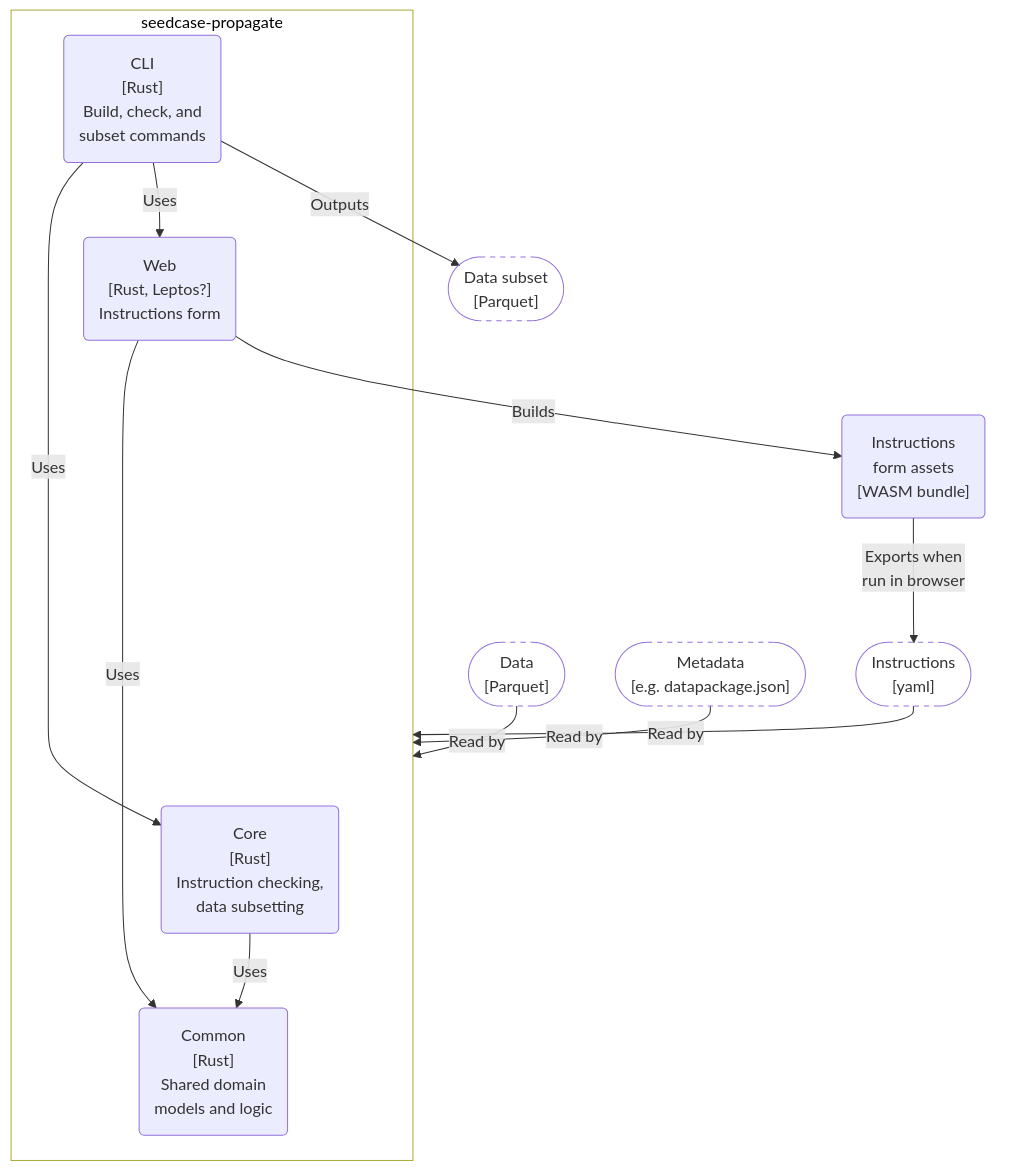
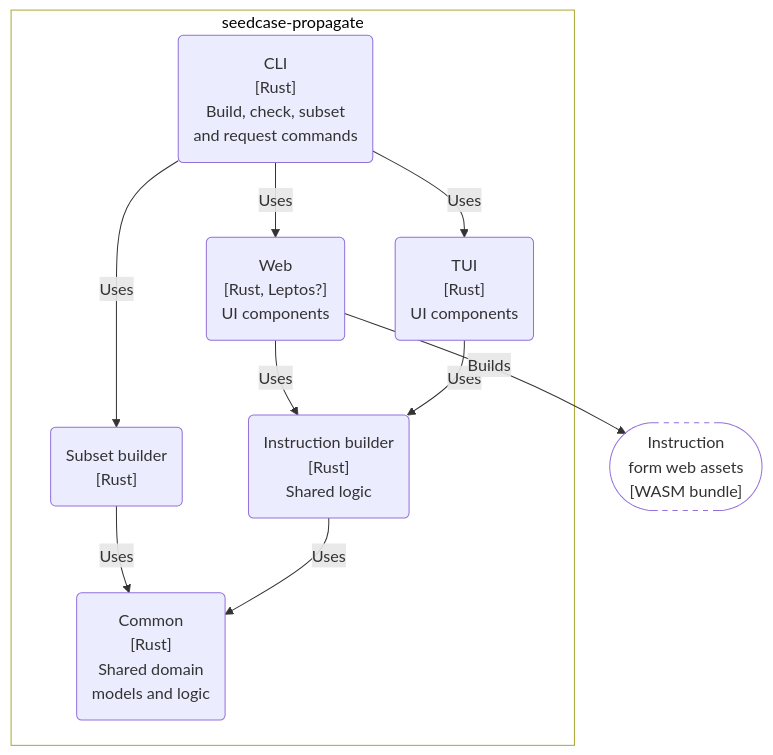
One commit to seedcase-project/seedcase-propagate changed the second of 2 diagrams in docs/design/architecture.qmd. Above: the diagram before and after it, drawn with Mermaid. The commit also changed other lines of this file, not shown here.

Commit message:
docs: 📝 add TUI

````diff
--- a/docs/design/architecture.qmd
+++ b/docs/design/architecture.qmd
@@ -123,41 +130,31 @@
 ```{mermaid}
 %%| label: fig-c4-container
 %%| fig-cap: "C4 container diagram showing the main Rust crates in Propagate and the command-line interface."
 
 flowchart TD
 
-  subgraph "input"
-    data(["Data<br>[Parquet]"])
-    metadata(["Metadata<br>[e.g. datapackage.json]"])
-    instructions(["Instructions<br>[yaml]"])
+  subgraph "seedcase-propagate"
+    common("Common<br>[Rust]<br>Shared domain<br>models and logic")
+    instruction_builder("Instruction builder<br>[Rust]<br>Shared logic")
+    subset_builder("Subset builder<br>[Rust]")
+    web("Web<br>[Rust, Leptos?]<br>UI components")
+    tui("TUI<br>[Rust]<br>UI components")
+    cli("CLI<br>[Rust]<br>Build, check, subset<br>and request commands")
+
+    subset_builder -- "Uses" --> common
+    instruction_builder -- "Uses" --> common
+    web -- "Uses" --> instruction_builder
+    tui -- "Uses" --> instruction_builder
+    cli -- "Uses" --> subset_builder
+    cli -- "Uses" --> web
+    cli -- "Uses" --> tui
   end
 
-  subgraph "seedcase-propagate"
-    core("Core<br>[Rust]<br>Instruction checking,<br>data subsetting")
-    common("Common<br>[Rust]<br>Shared domain<br>models and logic")
-    web("Web<br>[Rust, Leptos?]<br>Instructions form")
-    cli("CLI<br>[Rust]<br>Build, check, and<br>subset commands")
+  form_assets(["Instruction<br>form web assets<br>[WASM bundle]"])
 
-    core -- "Uses" --> common
-    web -- "Uses" --> common
-    cli -- "Uses" --> core
-    cli -- "Uses" --> web
-  end
+  web --"Builds"--> form_assets
 
-    subset(["Data subset<br>[Parquet]"])
-    form_assets("Instructions<br>form assets<br>[WASM bundle]")
-
-    instructions --"Read by"--> seedcase-propagate
-    data --"Read by"--> seedcase-propagate
-    metadata --"Read by"--> seedcase-propagate
-
-    web --"Builds"--> form_assets
-    form_assets --"Exports when<br>run in browser"--> instructions
-    cli --"Outputs"--> subset
-
-    %% Styling
-    style seedcase-propagate fill:#FFFFFF, color:#000000
-    style input fill:none, color:transparent, stroke:none
-    classDef artifact fill:transparent, stroke-dasharray: 5 5
-    class metadata,data,instructions,subset artifact
+  %% Styling
+  style seedcase-propagate fill:#FFFFFF, color:#000000
+  style form_assets fill:transparent, stroke-dasharray: 5 5
 ```
````
